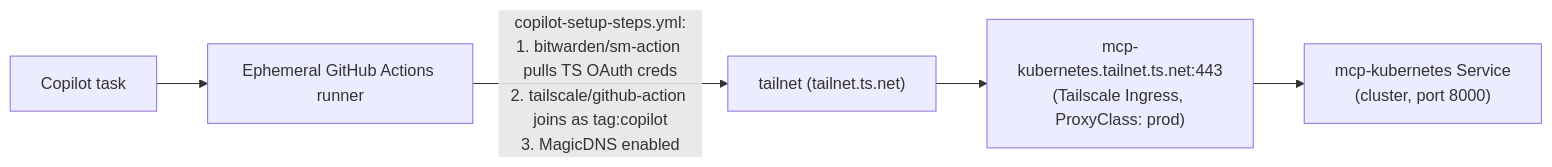
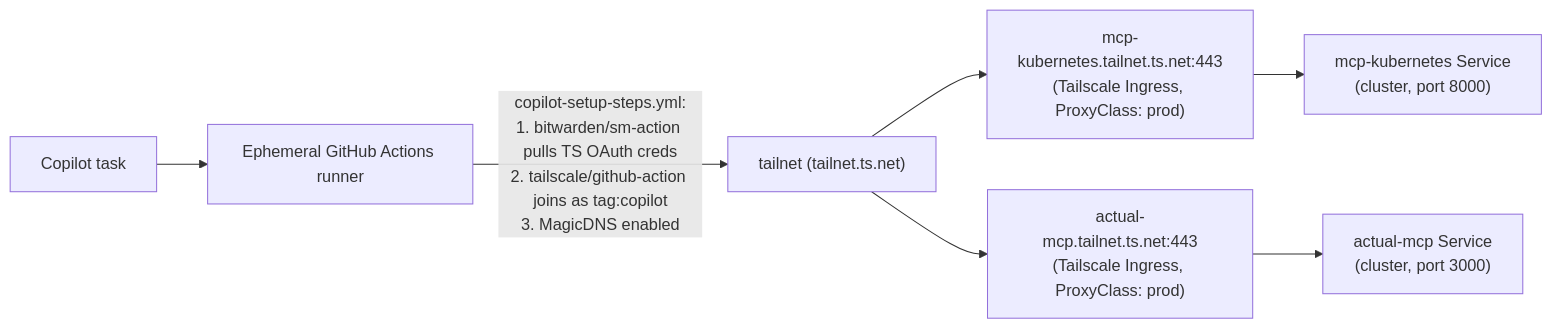
The diagram in docs/copilot-cloud-agent.md (hexabyte8/homelab), drawn with Mermaid before and after one commit. The commit also changed other lines of this file and 10 other files, not shown here.

Commit message:
Deploy actual-mcp and document Copilot cloud agent integration

````diff
--- a/docs/copilot-cloud-agent.md
+++ b/docs/copilot-cloud-agent.md
@@ -15,7 +15,9 @@
 ```mermaid
 flowchart LR
   task["Copilot task"] --> runner["Ephemeral GitHub Actions runner"]
   runner -- "copilot-setup-steps.yml:<br/>1. bitwarden/sm-action pulls TS OAuth creds<br/>2. tailscale/github-action joins as tag:copilot<br/>3. MagicDNS enabled" --> tailnet["tailnet (tailnet.ts.net)"]
-  tailnet --> ingress["mcp-kubernetes.tailnet.ts.net:443<br/>(Tailscale Ingress, ProxyClass: prod)"]
-  ingress --> svc["mcp-kubernetes Service<br/>(cluster, port 8000)"]
+  tailnet --> ingress_k8s["mcp-kubernetes.tailnet.ts.net:443<br/>(Tailscale Ingress, ProxyClass: prod)"]
+  tailnet --> ingress_actual["actual-mcp.tailnet.ts.net:443<br/>(Tailscale Ingress, ProxyClass: prod)"]
+  ingress_k8s --> svc_k8s["mcp-kubernetes Service<br/>(cluster, port 8000)"]
+  ingress_actual --> svc_actual["actual-mcp Service<br/>(cluster, port 3000)"]
 ```
````
